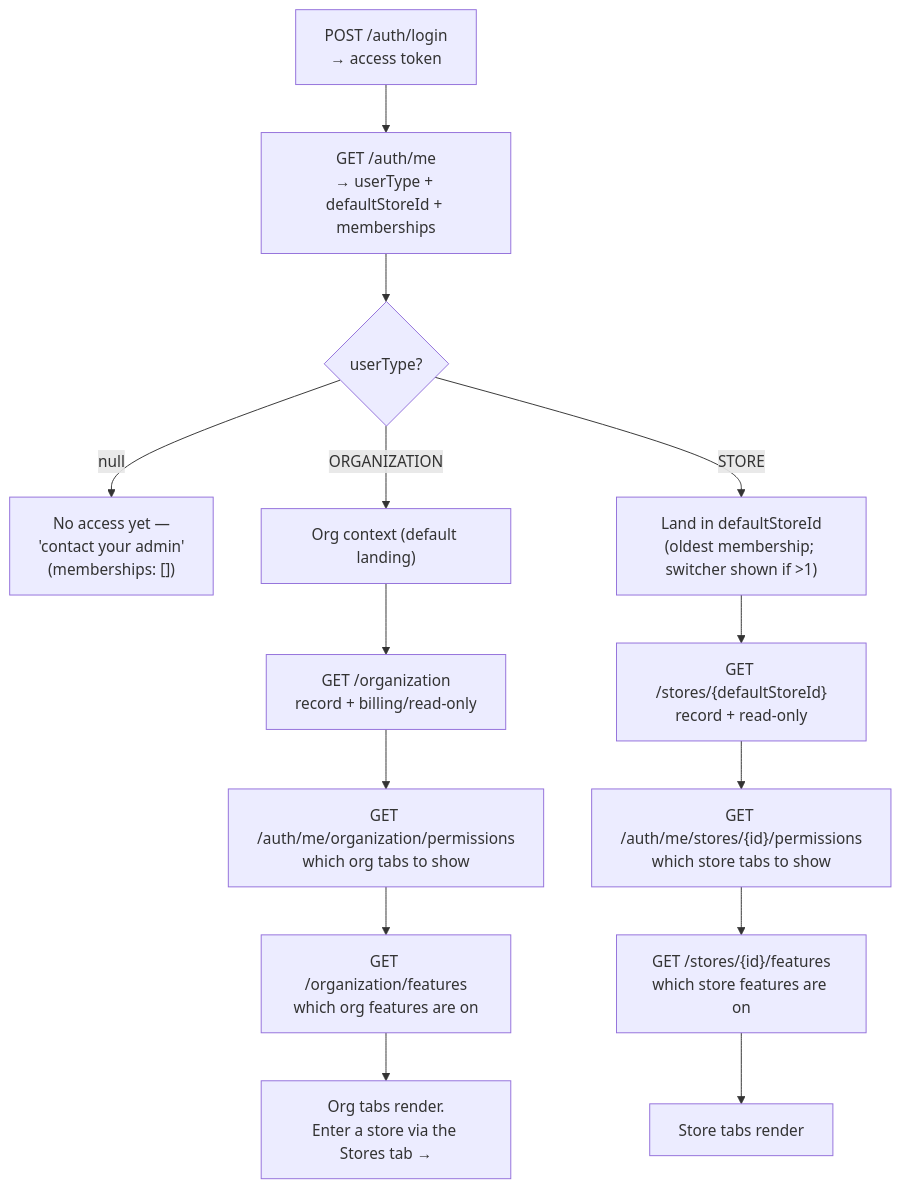
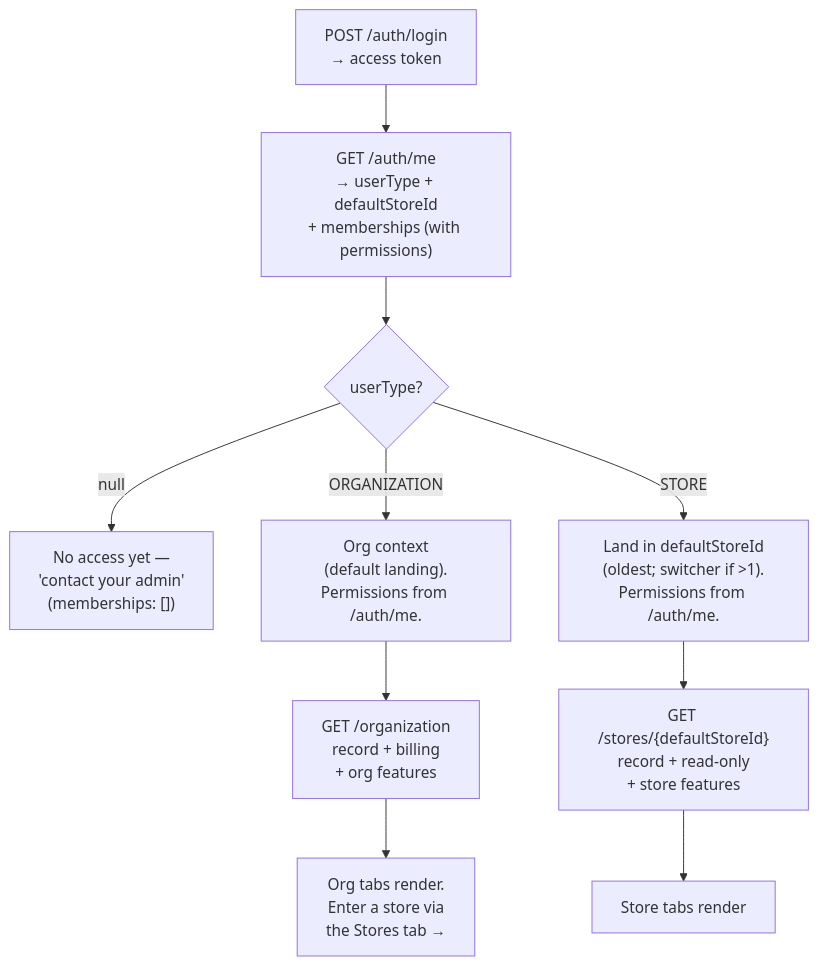
One commit to Shahrukh489/gekkosuite-api changed the second of 6 diagrams in docs/api.md. Above: the diagram before and after it, drawn with Mermaid. The commit also changed other lines of this file, not shown here.

````diff
--- a/docs/api.md
+++ b/docs/api.md
@@ -96,19 +94,15 @@
 ```mermaid
 flowchart TD
-    L["POST /auth/login<br/>→ access token"] --> M["GET /auth/me<br/>→ userType + defaultStoreId + memberships"]
+    L["POST /auth/login<br/>→ access token"] --> M["GET /auth/me<br/>→ userType + defaultStoreId<br/>+ memberships (with permissions)"]
     M --> Q{"userType?"}
 
     Q -->|null| N["No access yet —<br/>'contact your admin'<br/>(memberships: [])"]
 
-    Q -->|ORGANIZATION| O1["Org context (default landing)"]
-    O1 --> O2["GET /organization<br/>record + billing/read-only"]
-    O2 --> O3["GET /auth/me/organization/permissions<br/>which org tabs to show"]
-    O3 --> O4["GET /organization/features<br/>which org features are on"]
-    O4 --> O5["Org tabs render.<br/>Enter a store via the Stores tab →"]
+    Q -->|ORGANIZATION| O1["Org context<br/>(default landing).<br/>Permissions from /auth/me."]
+    O1 --> O2["GET /organization<br/>record + billing<br/>+ org features"]
+    O2 --> O5["Org tabs render.<br/>Enter a store via<br/>the Stores tab →"]
 
-    Q -->|STORE| S1["Land in defaultStoreId<br/>(oldest membership; switcher shown if >1)"]
-    S1 --> S2["GET /stores/{defaultStoreId}<br/>record + read-only"]
-    S2 --> S3["GET /auth/me/stores/{id}/permissions<br/>which store tabs to show"]
-    S3 --> S4["GET /stores/{id}/features<br/>which store features are on"]
-    S4 --> S5["Store tabs render"]
+    Q -->|STORE| S1["Land in defaultStoreId<br/>(oldest; switcher if >1).<br/>Permissions from /auth/me."]
+    S1 --> S2["GET /stores/{defaultStoreId}<br/>record + read-only<br/>+ store features"]
+    S2 --> S5["Store tabs render"]
 ```
````
